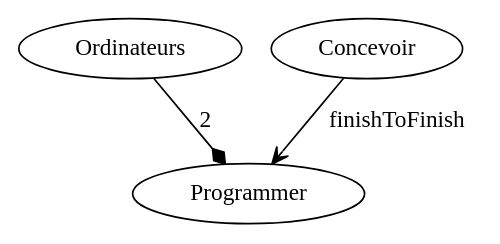
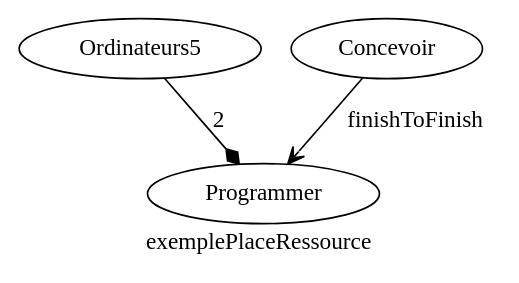
The diagram in src/simplepdlToDot/output/exemplePlaceRessource.dot (louis-thevenet/n7-mini-projet-IDM), drawn with Graphviz before and after one commit. The commit also changed 3 other files, not shown here.

First line of the commit message:
add graph label to simplePDL toDot

```diff
--- a/src/simplepdlToDot/output/exemplePlaceRessource.dot
+++ b/src/simplepdlToDot/output/exemplePlaceRessource.dot
@@ -1,15 +1,13 @@
 
 digraph exemplePlaceRessource {
-
-
-
+label=exemplePlaceRessource
 
   
-				Ordinateurs -> Programmer [arrowhead=diamond label=2]
+				Ordinateurs5 -> Programmer [arrowhead=diamond label=2]
 
 				Concevoir -> Programmer [arrowhead=vee label=finishToFinish]
 
 	  
 
 
 }
```
